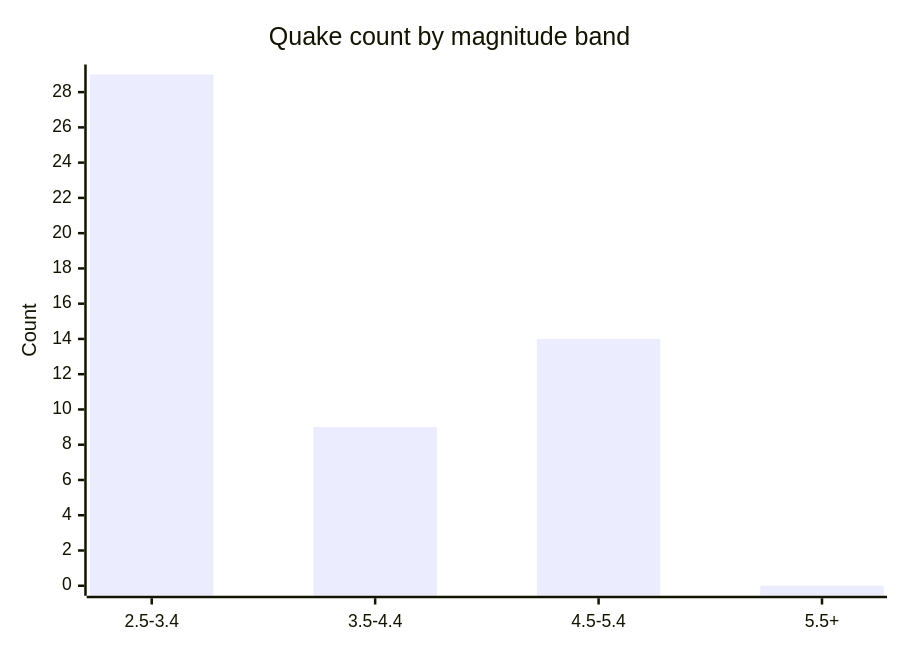
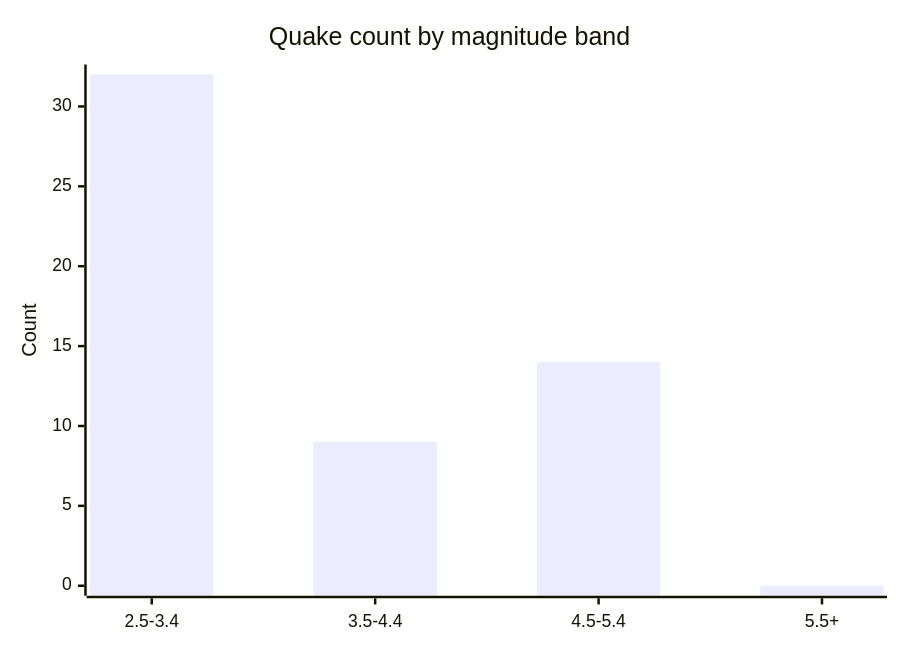
The fifth of 6 diagrams in docs/GRAPHS.md (Midwest-Stratospheric/aerostratospheric-defense-gir), drawn with Mermaid before and after one commit. The commit also changed other lines of this file and 22 other files, not shown here.

````diff
--- a/docs/GRAPHS.md
+++ b/docs/GRAPHS.md
@@ -82,7 +82,7 @@
 ```mermaid
 xychart-beta
   title "Quake count by magnitude band"
   x-axis ["2.5-3.4", "3.5-4.4", "4.5-5.4", "5.5+"]
-  y-axis "Count" 0 --> 29
-  bar [29, 9, 14, 0]
+  y-axis "Count" 0 --> 32
+  bar [32, 9, 14, 0]
 ```
````
